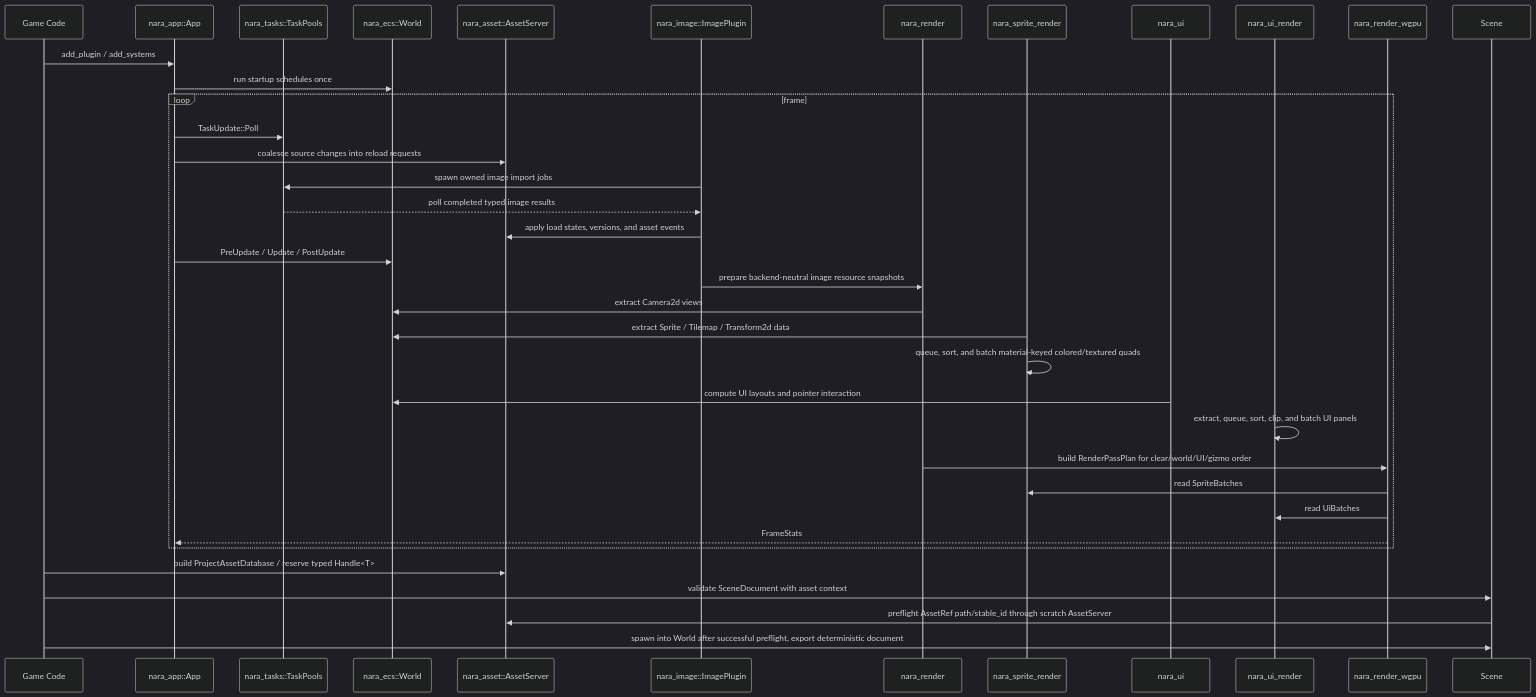
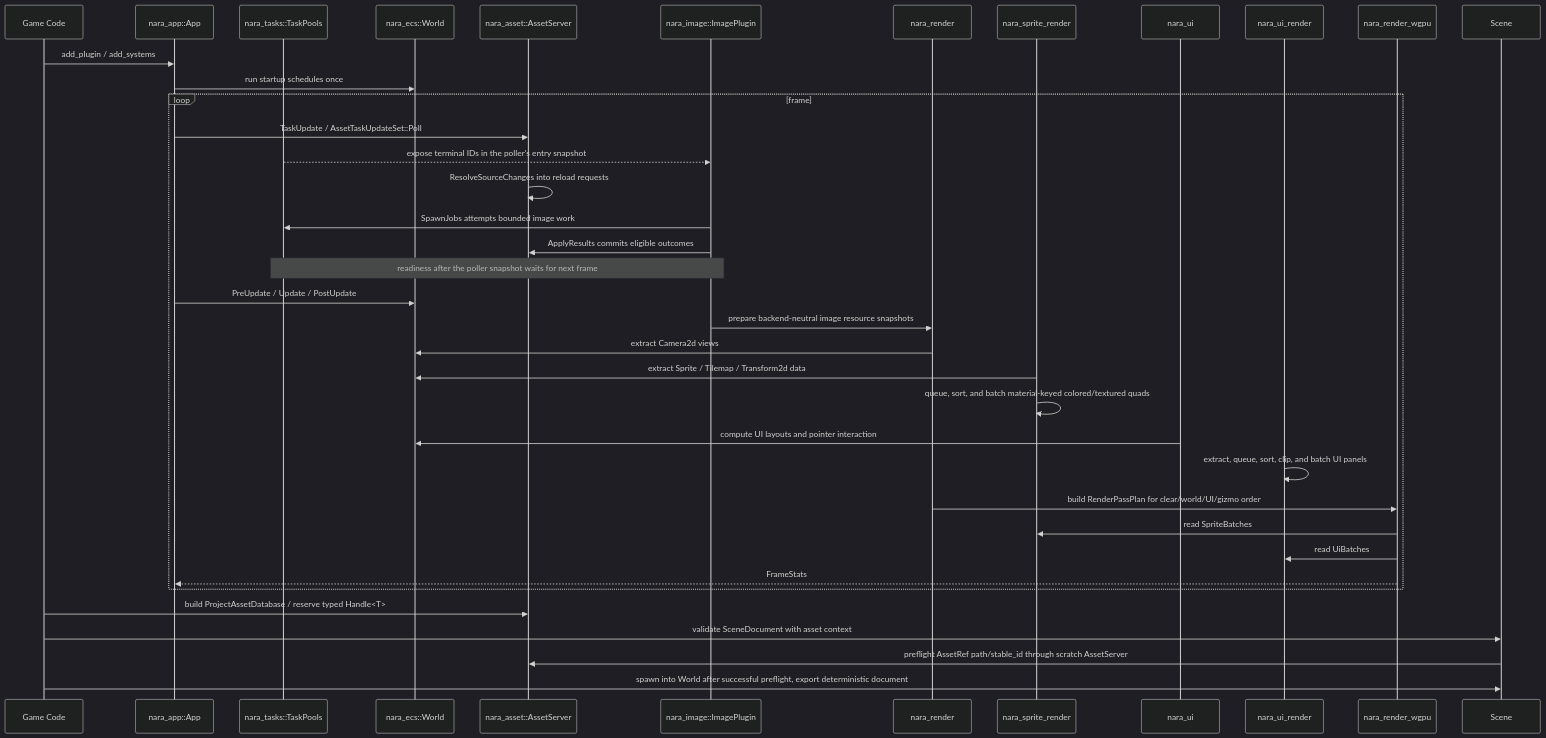
One commit to Latias94/nara changed the second of 2 diagrams in docs/architecture/nara-foundation.md. Above: the diagram before and after it, drawn with Mermaid (dark theme). The commit also changed other lines of this file and 25 other files, not shown here.

First line of the commit message:
docs(architecture): define product capability and task ownership

````diff
--- a/docs/architecture/nara-foundation.md
+++ b/docs/architecture/nara-foundation.md
@@ -138,39 +141,40 @@
 ```mermaid
 sequenceDiagram
     participant Game as Game Code
     participant App as nara_app::App
     participant Tasks as nara_tasks::TaskPools
     participant ECS as nara_ecs::World
     participant Asset as nara_asset::AssetServer
     participant Image as nara_image::ImagePlugin
     participant Render as nara_render
     participant SpriteRender as nara_sprite_render
     participant Ui as nara_ui
     participant UiRender as nara_ui_render
     participant Wgpu as nara_render_wgpu
 
     Game->>App: add_plugin / add_systems
     App->>ECS: run startup schedules once
     loop frame
-        App->>Tasks: TaskUpdate::Poll
-        App->>Asset: coalesce source changes into reload requests
-        Image->>Tasks: spawn owned image import jobs
-        Tasks-->>Image: poll completed typed image results
-        Image->>Asset: apply load states, versions, and asset events
+        App->>Asset: TaskUpdate / AssetTaskUpdateSet::Poll
+        Tasks-->>Image: expose terminal IDs in the poller's entry snapshot
+        Asset->>Asset: ResolveSourceChanges into reload requests
+        Image->>Tasks: SpawnJobs attempts bounded image work
+        Image->>Asset: ApplyResults commits eligible outcomes
+        Note over Tasks,Image: readiness after the poller snapshot waits for next frame
         App->>ECS: PreUpdate / Update / PostUpdate
         Image->>Render: prepare backend-neutral image resource snapshots
         Render->>ECS: extract Camera2d views
         SpriteRender->>ECS: extract Sprite / Tilemap / Transform2d data
         SpriteRender->>SpriteRender: queue, sort, and batch material-keyed colored/textured quads
         Ui->>ECS: compute UI layouts and pointer interaction
         UiRender->>UiRender: extract, queue, sort, clip, and batch UI panels
         Render->>Wgpu: build RenderPassPlan for clear/world/UI/gizmo order
         Wgpu->>SpriteRender: read SpriteBatches
         Wgpu->>UiRender: read UiBatches
         Wgpu-->>App: FrameStats
     end
     Game->>Asset: build ProjectAssetDatabase / reserve typed Handle<T>
     Game->>Scene: validate SceneDocument with asset context
     Scene->>Asset: preflight AssetRef path/stable_id through scratch AssetServer
     Game->>Scene: spawn into World after successful preflight, export deterministic document
 ```
````
